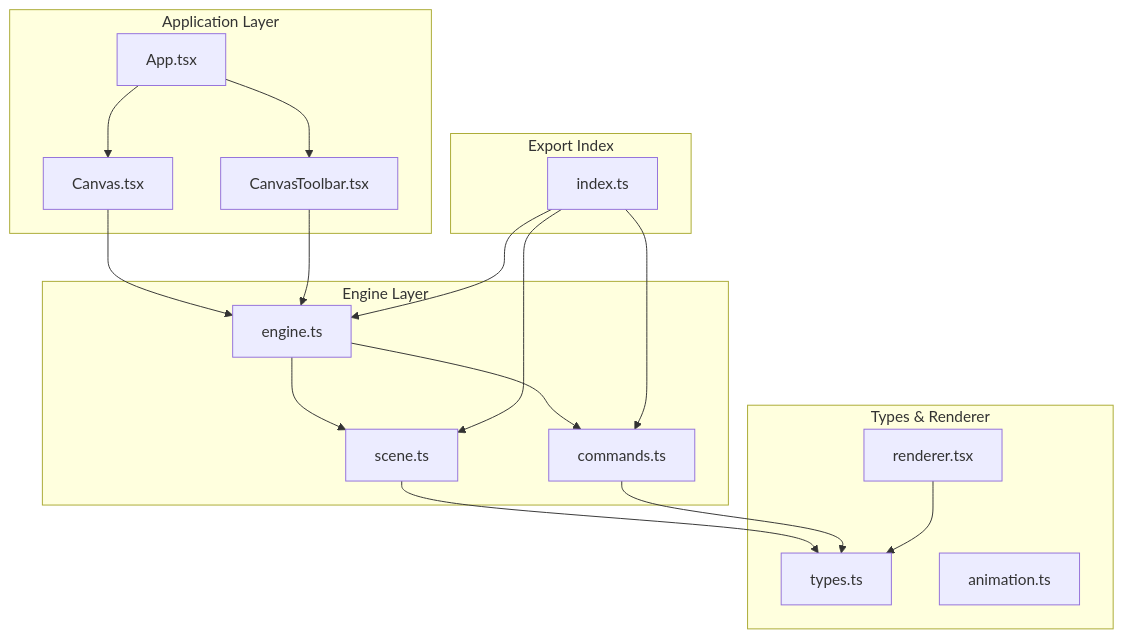
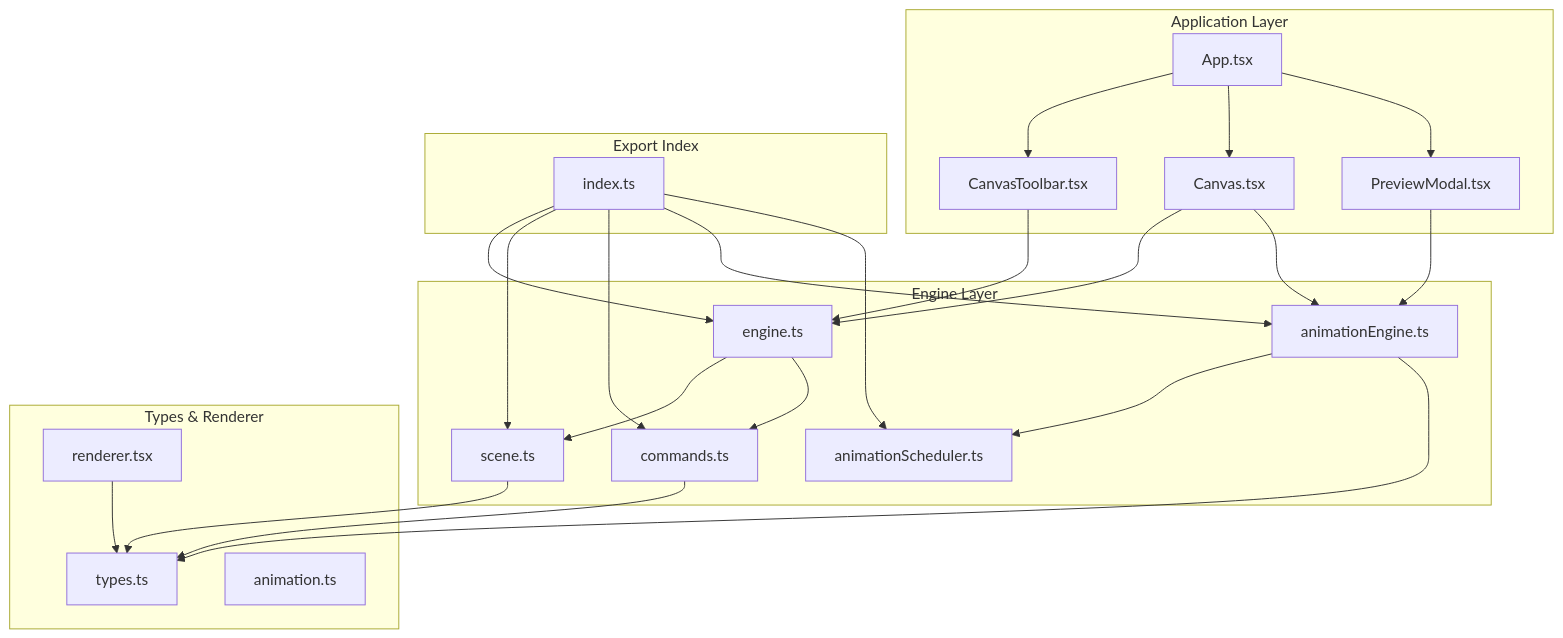
The first of 8 diagrams in .qoder/repowiki/en/content/User Interface Components/Canvas Toolbar Component.md (Anna0314zy/ai_editor_enginer), drawn with Mermaid before and after one commit. The commit also changed other lines of this file and 8 other files, not shown here.

````diff
--- a/.qoder/repowiki/en/content/User Interface Components/Canvas Toolbar Component.md
+++ b/.qoder/repowiki/en/content/User Interface Components/Canvas Toolbar Component.md
@@ -38,33 +52,43 @@
 ```mermaid
 graph TB
 subgraph "Application Layer"
 App[App.tsx]
 Canvas[Canvas.tsx]
 Toolbar[CanvasToolbar.tsx]
+Preview[PreviewModal.tsx]
 end
 subgraph "Engine Layer"
 Engine[engine.ts]
 Scene[scene.ts]
 Commands[commands.ts]
+AnimationEngine[animationEngine.ts]
+AnimationScheduler[animationScheduler.ts]
 end
 subgraph "Types & Renderer"
 Types[types.ts]
 AnimationTypes[animation.ts]
 Renderer[renderer.tsx]
 end
 subgraph "Export Index"
 Export[index.ts]
 end
 App --> Toolbar
 App --> Canvas
+App --> Preview
 Canvas --> Engine
 Toolbar --> Engine
+Preview --> AnimationEngine
+Canvas --> AnimationEngine
 Engine --> Scene
 Engine --> Commands
+AnimationEngine --> AnimationScheduler
 Scene --> Types
 Commands --> Types
+AnimationEngine --> Types
 Renderer --> Types
 Export --> Engine
 Export --> Scene
 Export --> Commands
+Export --> AnimationEngine
+Export --> AnimationScheduler
 ```
````
